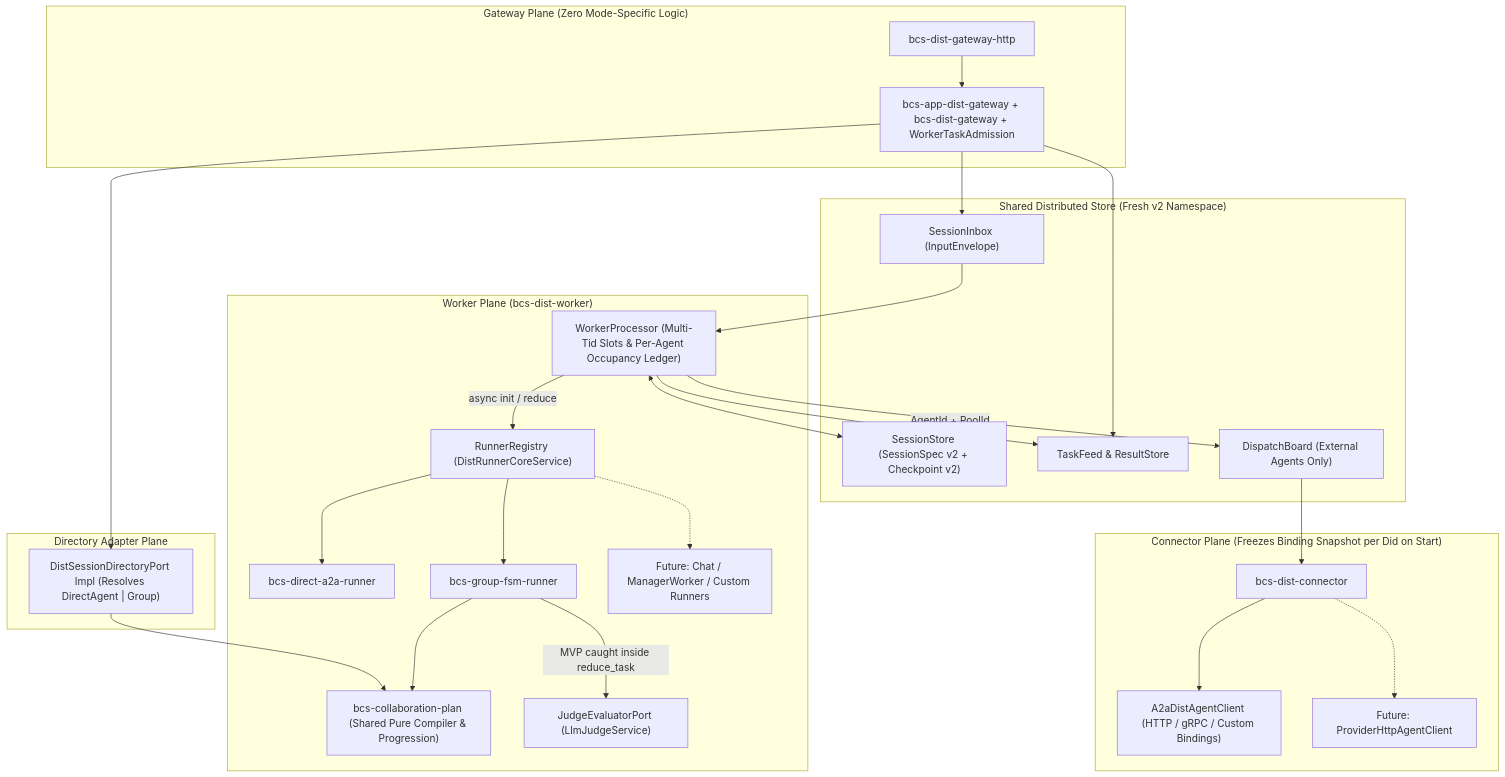
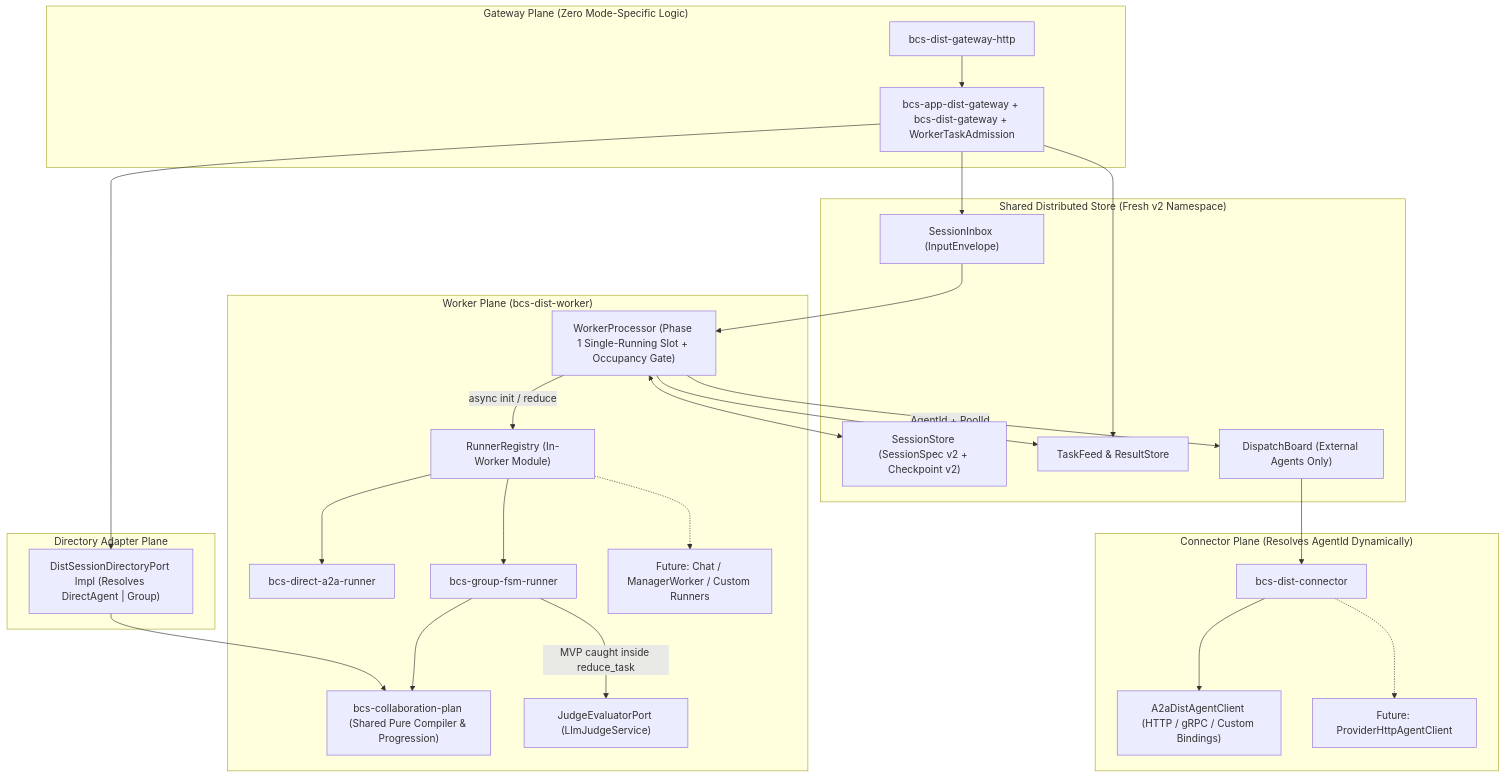
The diagram in apps/bcs/specs/2026-11-26-distributed-runner-spi/spec.md (inclusionAI/Avernet), drawn with Mermaid before and after one commit. The commit also changed other lines of this file, not shown here.

Commit message:
docs(bcs): simplify phase-one runner SPI and defer multi-active scheduling

````diff
--- a/apps/bcs/specs/2026-11-26-distributed-runner-spi/spec.md
+++ b/apps/bcs/specs/2026-11-26-distributed-runner-spi/spec.md
@@ -50,53 +50,53 @@
 ```mermaid
 flowchart TB
     subgraph GatewayPlane["Gateway Plane (Zero Mode-Specific Logic)"]
         GW_HTTP["bcs-dist-gateway-http"]
         GW_APP["bcs-app-dist-gateway + bcs-dist-gateway + WorkerTaskAdmission"]
     end
 
     subgraph DirectoryPlane["Directory Adapter Plane"]
         DIR["DistSessionDirectoryPort Impl (Resolves DirectAgent | Group)"]
     end
 
     subgraph SharedStore["Shared Distributed Store (Fresh v2 Namespace)"]
         INBOX["SessionInbox (InputEnvelope)"]
         CP["SessionStore (SessionSpec v2 + Checkpoint v2)"]
         FEED["TaskFeed & ResultStore"]
         DBOARD["DispatchBoard (External Agents Only)"]
     end
 
     subgraph WorkerPlane["Worker Plane (bcs-dist-worker)"]
-        PROC["WorkerProcessor (Multi-Tid Slots & Per-Agent Occupancy Ledger)"]
-        ROUTER["RunnerRegistry (DistRunnerCoreService)"]
+        PROC["WorkerProcessor (Phase 1 Single-Running Slot + Occupancy Gate)"]
+        ROUTER["RunnerRegistry (In-Worker Module)"]
         R_A2A["bcs-direct-a2a-runner"]
         R_FSM["bcs-group-fsm-runner"]
         R_FUTURE["Future: Chat / ManagerWorker / Custom Runners"]
         PLAN["bcs-collaboration-plan (Shared Pure Compiler & Progression)"]
         JUDGE["JudgeEvaluatorPort (LlmJudgeService)"]
     end
 
-    subgraph ConnectorPlane["Connector Plane (Freezes Binding Snapshot per Did on Start)"]
+    subgraph ConnectorPlane["Connector Plane (Resolves AgentId Dynamically)"]
         CONN["bcs-dist-connector"]
         A2A_CLIENT["A2aDistAgentClient (HTTP / gRPC / Custom Bindings)"]
         PROV_CLIENT["Future: ProviderHttpAgentClient"]
     end
 
     GW_HTTP --> GW_APP
     GW_APP --> DIR
     GW_APP --> INBOX
     GW_APP --> FEED
     DIR --> PLAN
     INBOX --> PROC
     PROC <--> CP
     PROC --> FEED
     PROC -->|"async init / reduce"| ROUTER
     ROUTER --> R_A2A
     ROUTER --> R_FSM
     ROUTER -.-> R_FUTURE
     R_FSM --> PLAN
     R_FSM -->|"MVP caught inside reduce_task"| JUDGE
     PROC -->|"AgentId + PoolId"| DBOARD
     DBOARD --> CONN
     CONN --> A2A_CLIENT
     CONN -.-> PROV_CLIENT
 ```
````
